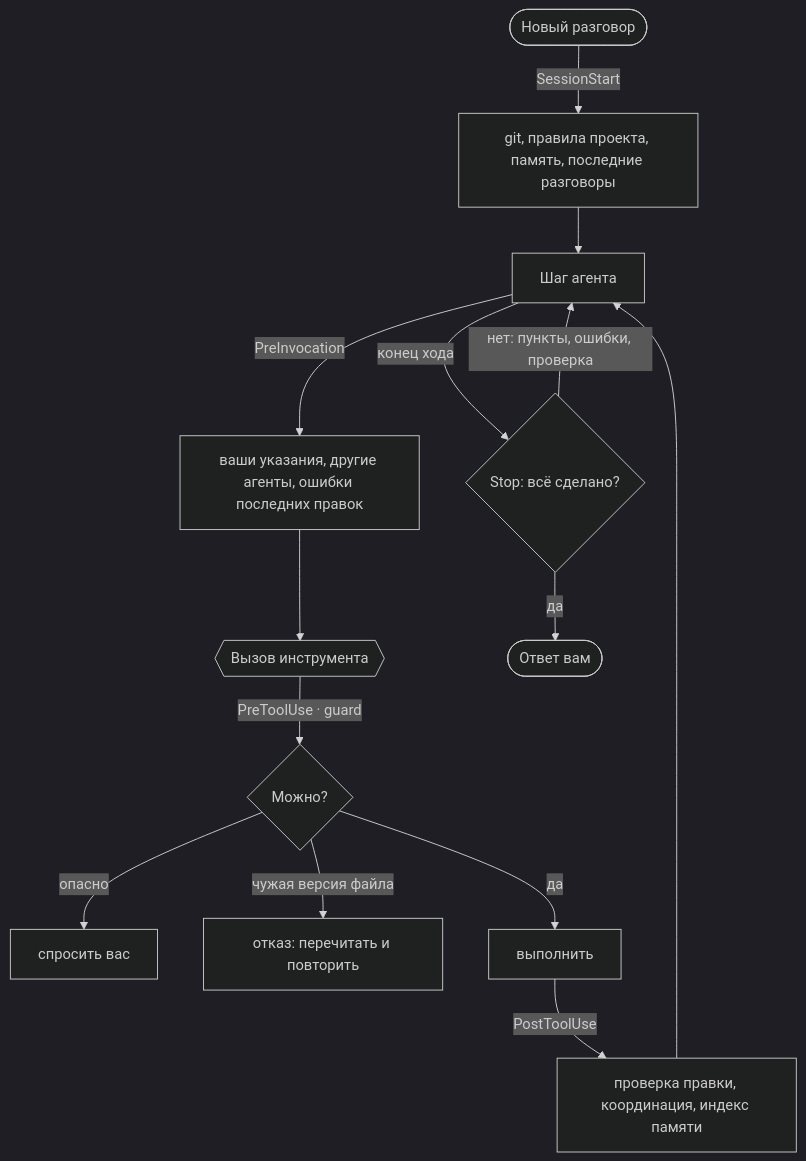
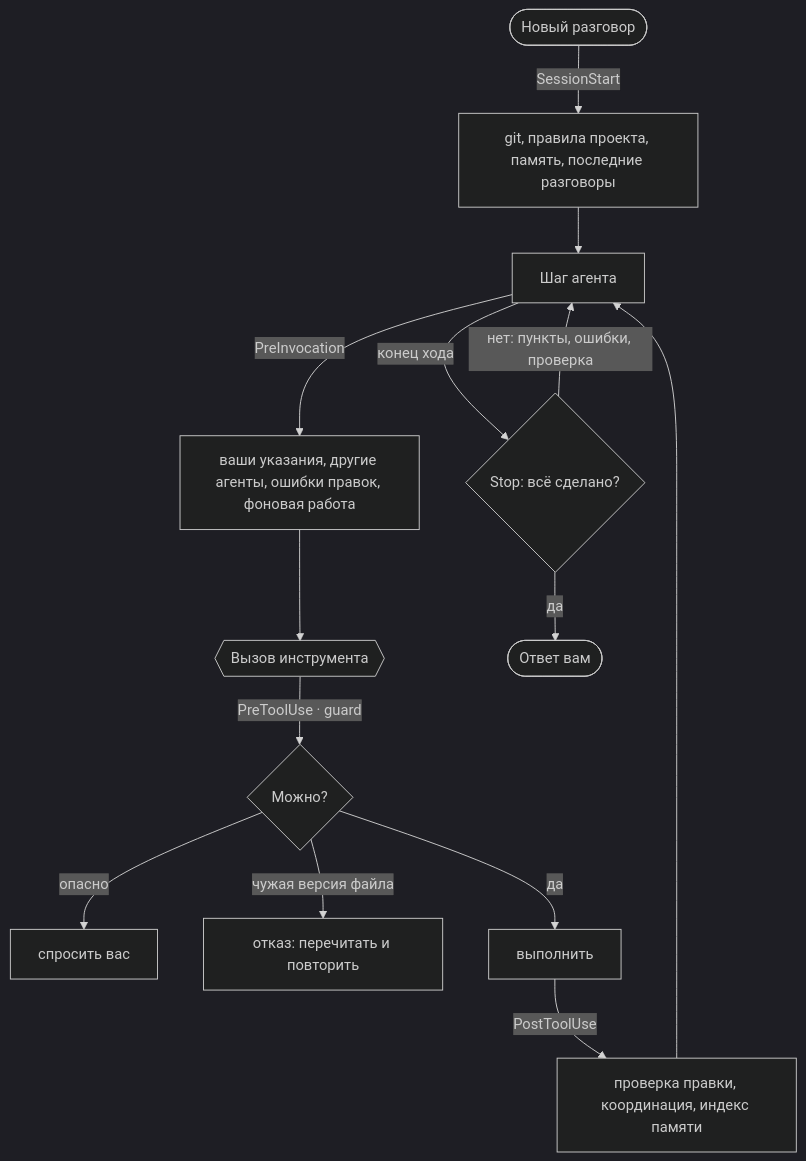
The diagram in README.md (stxrmik/antigravity-plus), drawn with Mermaid (dark theme) before and after one commit. The commit also changed other lines of this file and 21 other files, not shown here.

````diff
--- a/README.md
+++ b/README.md
@@ -144,16 +159,16 @@
 ```mermaid
 flowchart TD
     A([Новый разговор]) -->|SessionStart| B[git, правила проекта, память, последние разговоры]
     B --> C[Шаг агента]
-    C -->|PreInvocation| D[ваши указания, другие агенты, ошибки последних правок]
+    C -->|PreInvocation| D[ваши указания, другие агенты, ошибки правок, фоновая работа]
     D --> E{{Вызов инструмента}}
     E -->|PreToolUse · guard| F{Можно?}
     F -->|опасно| G[спросить вас]
     F -->|чужая версия файла| H[отказ: перечитать и повторить]
     F -->|да| I[выполнить]
     I -->|PostToolUse| J[проверка правки, координация, индекс памяти]
     J --> C
     C -->|конец хода| K{Stop: всё сделано?}
     K -->|нет: пункты, ошибки, проверка| C
     K -->|да| L([Ответ вам])
 ```
````
